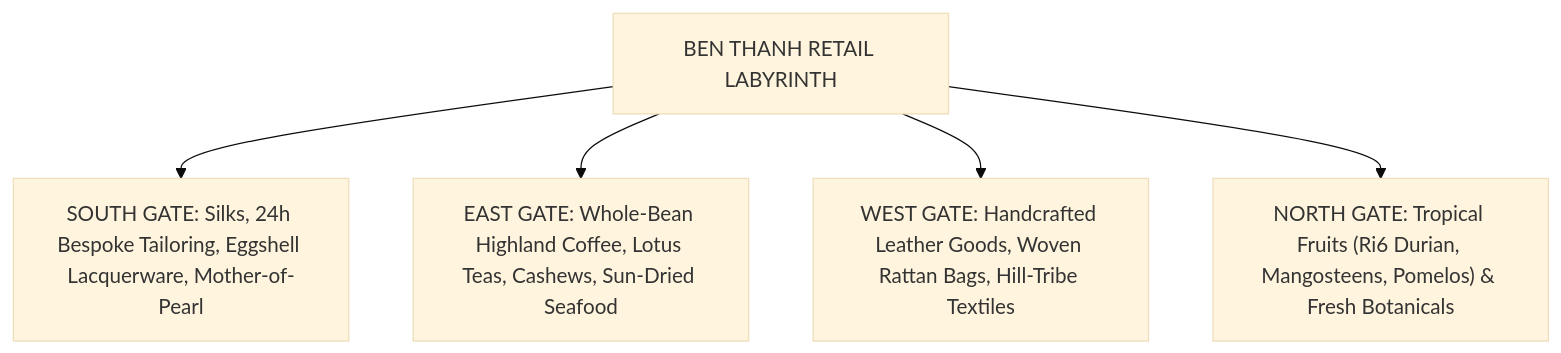
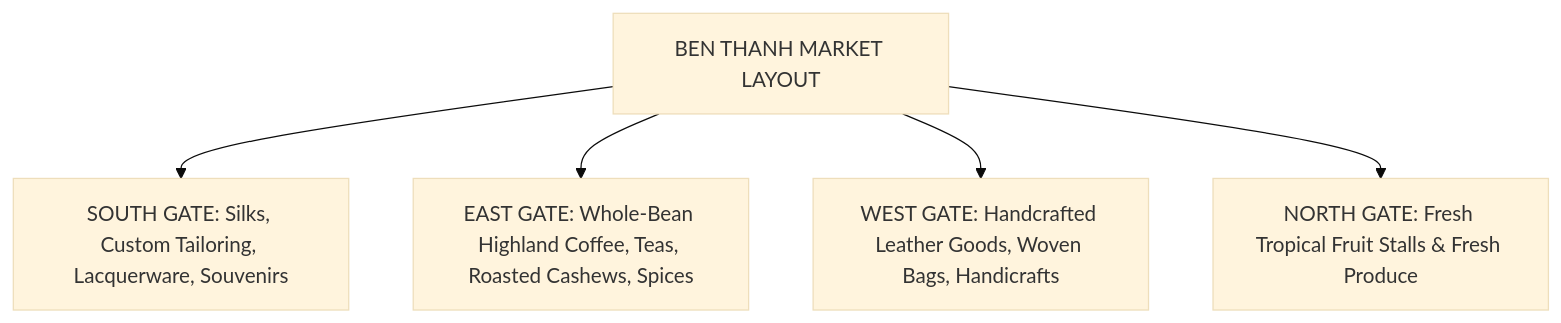
One commit to huynhhieutravel/the-rice-tour changed the diagram in content-pipeline/campaign-ben-thanh/english/008_ben-thanh-market-shopping-guide.md. Above: the diagram before and after it, drawn with Mermaid (base theme). The commit also changed other lines of this file and 38 other files, not shown here.

Commit message:
refactor(content): complete human writing QA and natural tone across all 18 Ben Thanh articles

````diff
--- a/content-pipeline/campaign-ben-thanh/english/008_ben-thanh-market-shopping-guide.md
+++ b/content-pipeline/campaign-ben-thanh/english/008_ben-thanh-market-shopping-guide.md
@@ -76,8 +76,8 @@
 ```mermaid
 graph TD
-    Market["BEN THANH RETAIL LABYRINTH"]
-    Market --> South["SOUTH GATE: Silks, 24h Bespoke Tailoring, Eggshell Lacquerware, Mother-of-Pearl"]
-    Market --> East["EAST GATE: Whole-Bean Highland Coffee, Lotus Teas, Cashews, Sun-Dried Seafood"]
-    Market --> West["WEST GATE: Handcrafted Leather Goods, Woven Rattan Bags, Hill-Tribe Textiles"]
-    Market --> North["NORTH GATE: Tropical Fruits (Ri6 Durian, Mangosteens, Pomelos) & Fresh Botanicals"]
+    Market["BEN THANH MARKET LAYOUT"]
+    Market --> South["SOUTH GATE: Silks, Custom Tailoring, Lacquerware, Souvenirs"]
+    Market --> East["EAST GATE: Whole-Bean Highland Coffee, Teas, Roasted Cashews, Spices"]
+    Market --> West["WEST GATE: Handcrafted Leather Goods, Woven Bags, Handicrafts"]
+    Market --> North["NORTH GATE: Fresh Tropical Fruit Stalls & Fresh Produce"]
 ```
````
